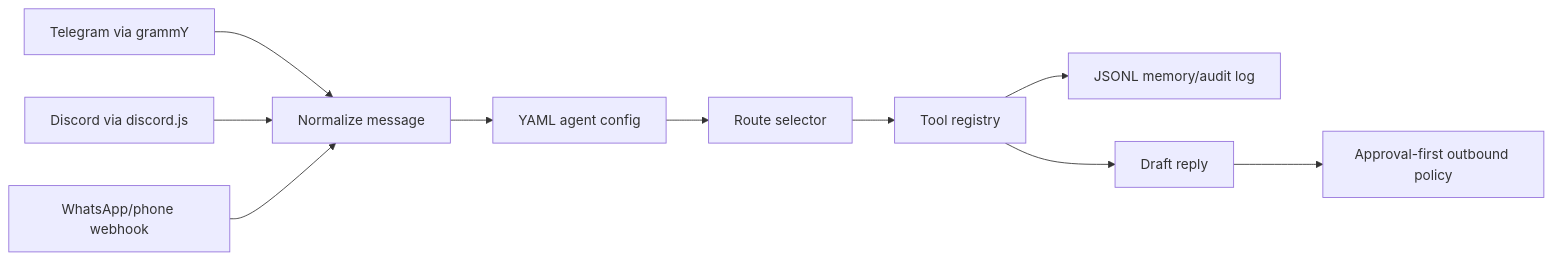
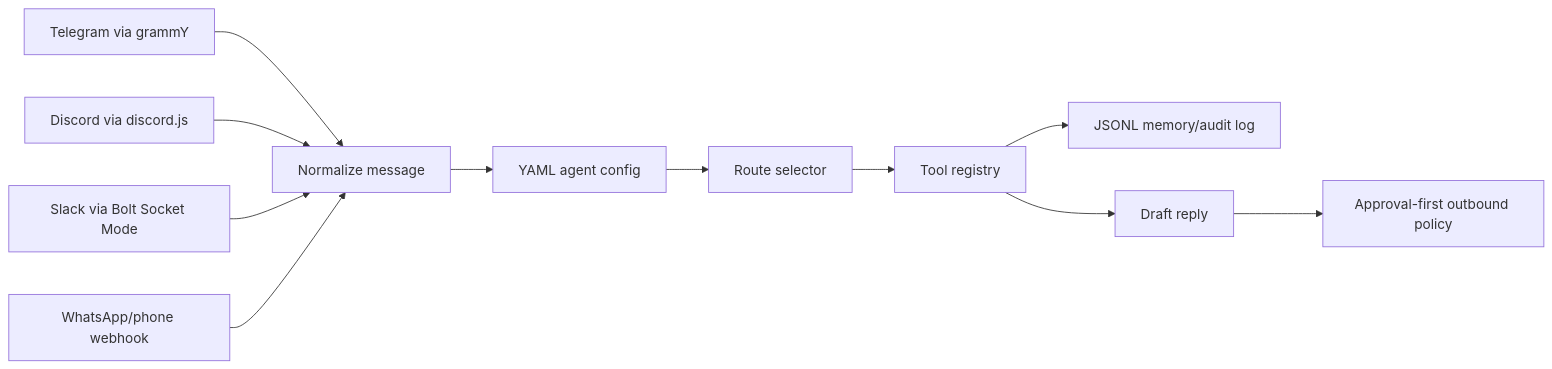
The diagram in README.md (brusnyak/channel-agent-runtime), drawn with Mermaid before and after one commit. The commit also changed other lines of this file and 17 other files, not shown here.

````diff
--- a/README.md
+++ b/README.md
@@ -32,12 +34,13 @@
 ```mermaid
 flowchart LR
   TG["Telegram via grammY"] --> N["Normalize message"]
   DC["Discord via discord.js"] --> N
+  SL["Slack via Bolt Socket Mode"] --> N
   WA["WhatsApp/phone webhook"] --> N
   N --> CFG["YAML agent config"]
   CFG --> ROUTE["Route selector"]
   ROUTE --> TOOLS["Tool registry"]
   TOOLS --> MEM["JSONL memory/audit log"]
   TOOLS --> OUT["Draft reply"]
   OUT --> APPROVAL["Approval-first outbound policy"]
 ```
````
